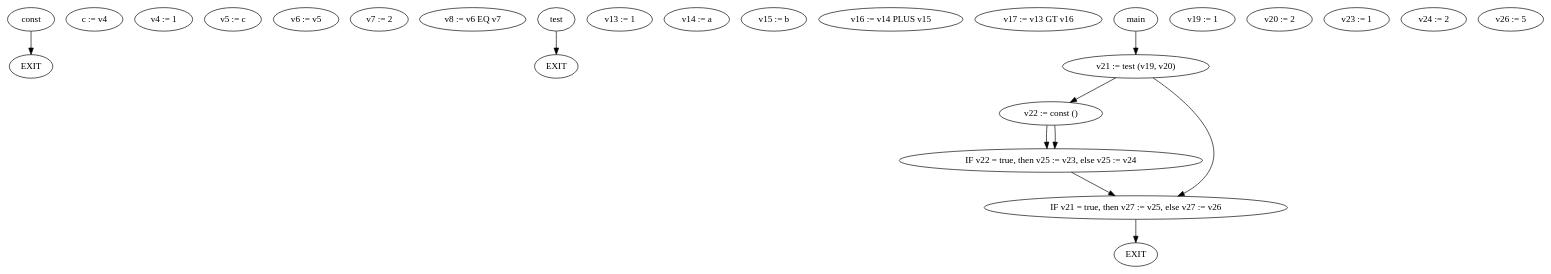
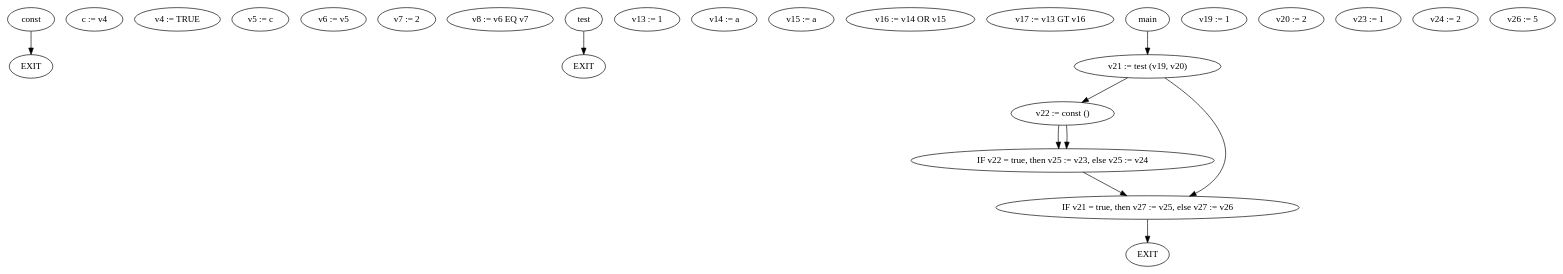
The diagram in cfg.dot (fa21i/cop5621), drawn with Graphviz before and after one commit. The commit also changed 7 other files, not shown here.

```diff
--- a/cfg.dot
+++ b/cfg.dot
@@ -1,37 +1,37 @@
 digraph print {
 1 [label="const"];
 3 [label="c := v4"];
-4 [label="v4 := 1"];
+4 [label="v4 := TRUE"];
 5 [label="v5 := c"];
 6 [label="v6 := v5"];
 7 [label="v7 := 2"];
 8 [label="v8 := v6 EQ v7"];
 9 [label="test"];
 13 [label="v13 := 1"];
 14 [label="v14 := a"];
-15 [label="v15 := b"];
-16 [label="v16 := v14 PLUS v15"];
+15 [label="v15 := a"];
+16 [label="v16 := v14 OR v15"];
 17 [label="v17 := v13 GT v16"];
 18 [label="main"];
 19 [label="v19 := 1"];
 20 [label="v20 := 2"];
 21 [label="v21 := test (v19, v20)"];
 22 [label="v22 := const ()"];
 23 [label="v23 := 1"];
 24 [label="v24 := 2"];
 25 [label="IF v22 = true, then v25 := v23, else v25 := v24"];
 26 [label="v26 := 5"];
 27 [label="IF v21 = true, then v27 := v25, else v27 := v26"];
 28 [label="EXIT"];
 29 [label="EXIT"];
 30 [label="EXIT"];
 9->29
 27->28
 21->27
 25->27
 1->30
 18->21
 21->22
 22->25
 22->25
 }
```
